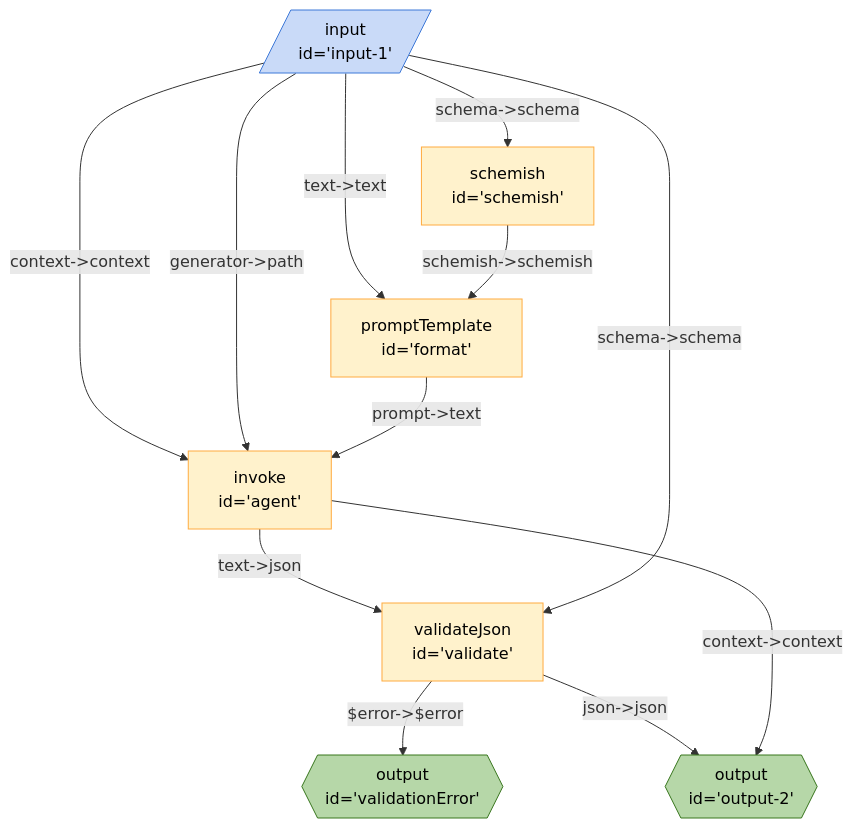
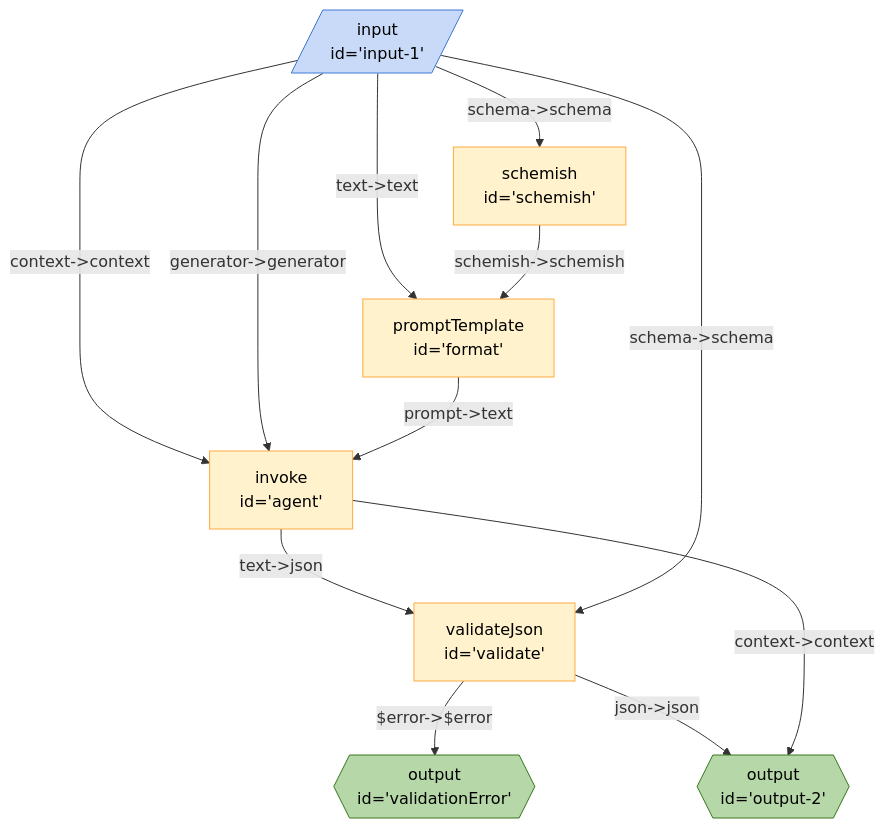
One commit to breadboard-ai/breadboard changed the diagram in packages/breadboard-web/docs/graphs/json-agent.md. Above: the diagram before and after it, drawn with Mermaid. The commit also changed 10 other files, not shown here.

````diff
--- a/packages/breadboard-web/docs/graphs/json-agent.md
+++ b/packages/breadboard-web/docs/graphs/json-agent.md
@@ -3,23 +3,23 @@
 ```mermaid
 %%{init: 'themeVariables': { 'fontFamily': 'Fira Code, monospace' }}%%
 graph TD;
 validate["validateJson <br> id='validate'"] -- "$error->$error" --> validationError{{"output <br> id='validationError'"}}:::output
 validate["validateJson <br> id='validate'"] -- "json->json" --> output2{{"output <br> id='output-2'"}}:::output
 agent["invoke <br> id='agent'"] -- "text->json" --> validate["validateJson <br> id='validate'"]
 agent["invoke <br> id='agent'"] -- "context->context" --> output2{{"output <br> id='output-2'"}}:::output
 input1[/"input <br> id='input-1'"/]:::input -- "schema->schema" --> schemish["schemish <br> id='schemish'"]
 input1[/"input <br> id='input-1'"/]:::input -- "text->text" --> format["promptTemplate <br> id='format'"]
 input1[/"input <br> id='input-1'"/]:::input -- "context->context" --> agent["invoke <br> id='agent'"]
-input1[/"input <br> id='input-1'"/]:::input -- "generator->path" --> agent["invoke <br> id='agent'"]
+input1[/"input <br> id='input-1'"/]:::input -- "generator->generator" --> agent["invoke <br> id='agent'"]
 input1[/"input <br> id='input-1'"/]:::input -- "schema->schema" --> validate["validateJson <br> id='validate'"]
 format["promptTemplate <br> id='format'"] -- "prompt->text" --> agent["invoke <br> id='agent'"]
 schemish["schemish <br> id='schemish'"] -- "schemish->schemish" --> format["promptTemplate <br> id='format'"]
 classDef default stroke:#ffab40,fill:#fff2ccff,color:#000
 classDef input stroke:#3c78d8,fill:#c9daf8ff,color:#000
 classDef output stroke:#38761d,fill:#b6d7a8ff,color:#000
 classDef passthrough stroke:#a64d79,fill:#ead1dcff,color:#000
 classDef slot stroke:#a64d79,fill:#ead1dcff,color:#000
 classDef config stroke:#a64d79,fill:#ead1dcff,color:#000
 classDef secrets stroke:#db4437,fill:#f4cccc,color:#000
 classDef slotted stroke:#a64d79
 ```
````
